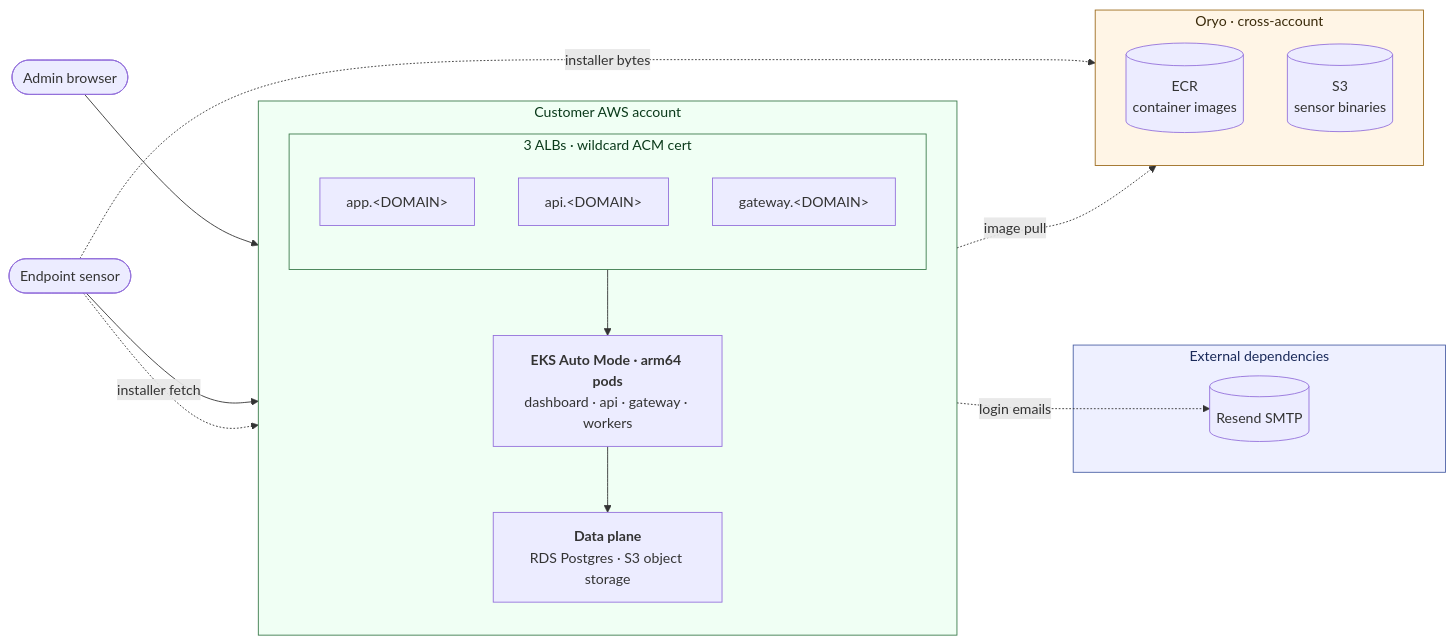
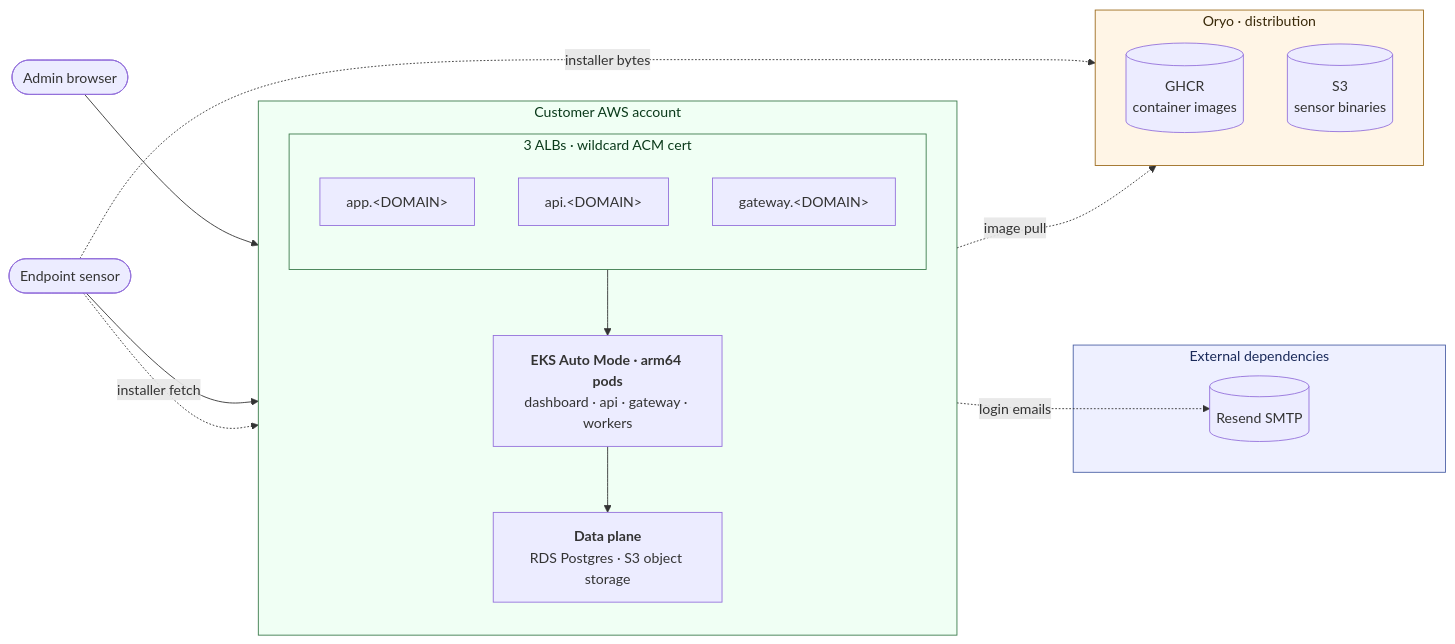
Before and after one commit to oryo-identity/oryo-private-deploy: the diagram in README.md, drawn with Mermaid. The commit also changed other lines of this file and 3 other files, not shown here.

First line of the commit message:
fix(chart): default imageRegistry to GHCR, drop ECR from the customer path

````diff
--- a/README.md
+++ b/README.md
@@ -27,42 +27,42 @@
 ```mermaid
 flowchart LR
     BROWSER([Admin browser])
     SENSOR([Endpoint sensor])
 
     subgraph CUST["Customer AWS account"]
         direction TB
         subgraph ING["3 ALBs · wildcard ACM cert"]
             direction TB
             ALB_APP[app.&lt;DOMAIN&gt;]
             ALB_API[api.&lt;DOMAIN&gt;]
             ALB_GW[gateway.&lt;DOMAIN&gt;]
         end
         PODS["<b>EKS Auto Mode · arm64 pods</b><br/>dashboard · api · gateway · workers"]
         DATA["<b>Data plane</b><br/>RDS Postgres · S3 object storage"]
         ING --> PODS --> DATA
     end
 
     subgraph EXTDEPS["External dependencies"]
         RESEND[(Resend SMTP)]
     end
 
-    subgraph ORYO["Oryo · cross-account"]
+    subgraph ORYO["Oryo · distribution"]
         direction TB
-        ECR[(ECR<br/>container images)]
+        GHCR[(GHCR<br/>container images)]
         BIN[(S3<br/>sensor binaries)]
     end
 
     BROWSER --> ALB_APP
     SENSOR --> ALB_GW
     SENSOR -. installer fetch .-> ALB_API
     SENSOR -. installer bytes .-> BIN
     PODS -. login emails .-> RESEND
-    PODS -. image pull .-> ECR
+    PODS -. image pull .-> GHCR
 
     classDef cust fill:#f0fff4,stroke:#3a7a4a,color:#0a3a1a
     classDef oryo fill:#fff5e6,stroke:#9c6b1d,color:#3a2a0a
     classDef ext fill:#eef0ff,stroke:#4a5fa5,color:#1a2a5a
     class CUST,ING cust
     class ORYO oryo
     class EXTDEPS ext
 ```
````
